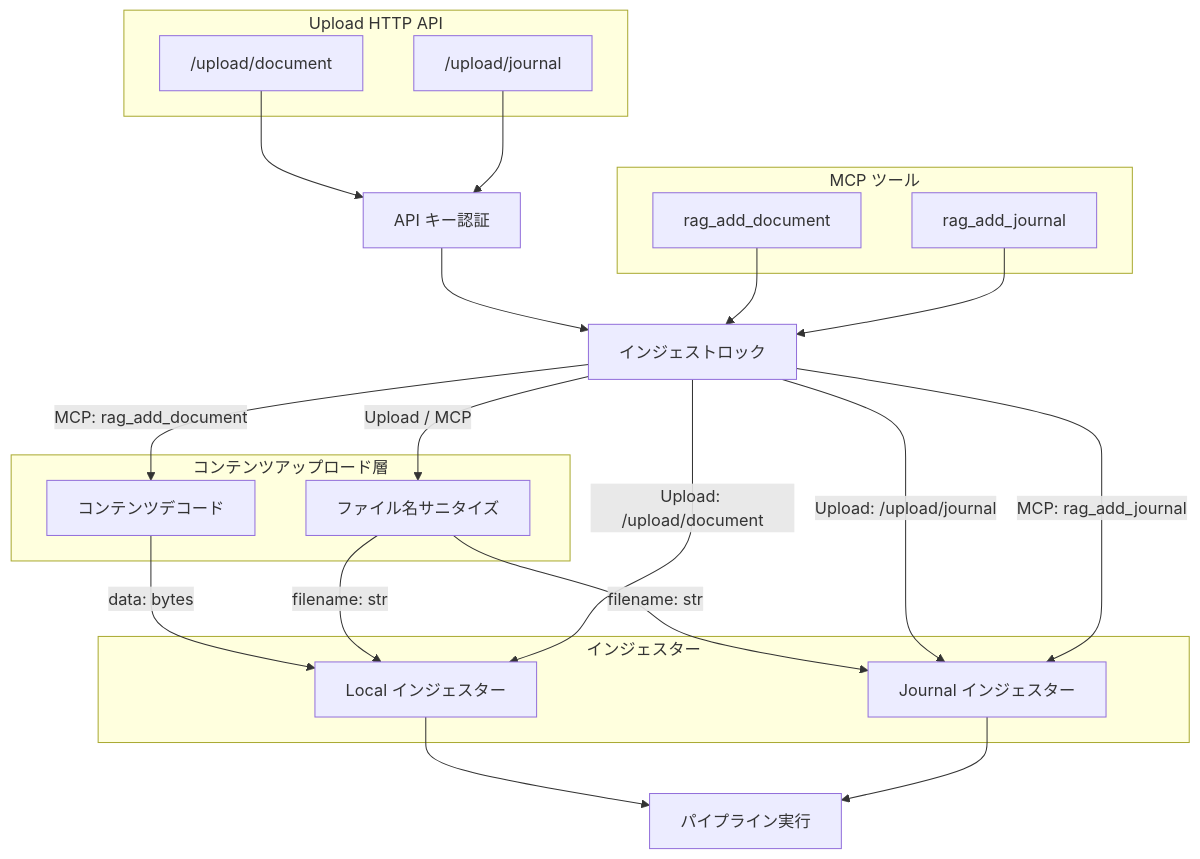
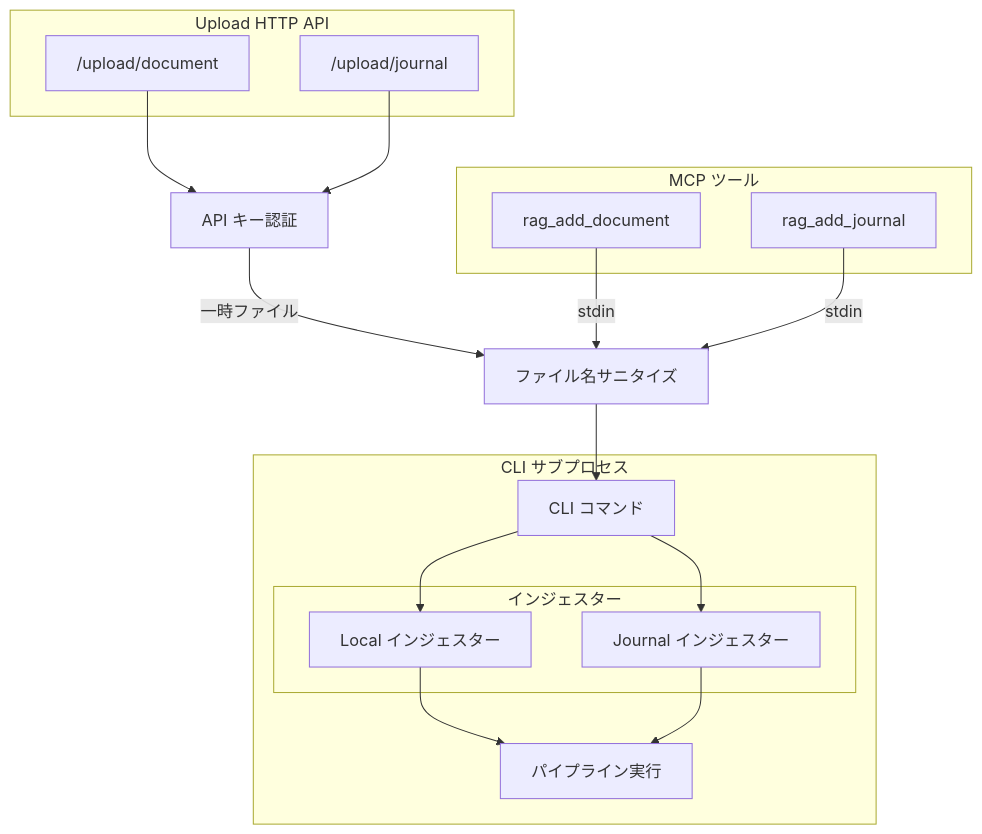
One commit to becky3/rag-knowledge changed the diagram in docs/specs/infrastructure/content-upload.md. Above: the diagram before and after it, drawn with Mermaid. The commit also changed other lines of this file and 4 other files, not shown here.

First line of the commit message:
docs(rag-knowledge): MCP 薄層アダプター化に伴う仕様書更新 (#423)

````diff
--- a/docs/specs/infrastructure/content-upload.md
+++ b/docs/specs/infrastructure/content-upload.md
@@ -197,46 +197,36 @@
 ```mermaid
 flowchart TB
     subgraph HTTP["Upload HTTP API"]
         UD["/upload/document"]
         UJ["/upload/journal"]
     end
 
     subgraph MCP["MCP ツール"]
         T1["rag_add_document"]
         T2["rag_add_journal"]
     end
 
     AUTH["API キー認証"]
-    LOCK["インジェストロック"]
+    SAN["ファイル名サニタイズ"]
 
-    subgraph Upload["コンテンツアップロード層"]
-        DEC["コンテンツデコード"]
-        SAN["ファイル名サニタイズ"]
+    subgraph CLISub["CLI サブプロセス"]
+        CLI["CLI コマンド"]
+        subgraph Ingesters["インジェスター"]
+            LI["Local インジェスター"]
+            JI["Journal インジェスター"]
+        end
+        PIPE["パイプライン実行"]
     end
-
-    subgraph Ingesters["インジェスター"]
-        LI["Local インジェスター"]
-        JI["Journal インジェスター"]
-    end
-
-    PIPE["パイプライン実行"]
 
     UD --> AUTH
     UJ --> AUTH
-    AUTH --> LOCK
-    T1 --> LOCK
-    T2 --> LOCK
+    AUTH -->|一時ファイル| SAN
+    T1 -->|stdin| SAN
+    T2 -->|stdin| SAN
 
-    LOCK -->|MCP: rag_add_document| DEC
-    LOCK -->|Upload / MCP| SAN
-    DEC -->|data: bytes| LI
-    SAN -->|filename: str| LI
-    SAN -->|filename: str| JI
-
-    LOCK -->|Upload: /upload/document| LI
-    LOCK -->|Upload: /upload/journal| JI
-    LOCK -->|MCP: rag_add_journal| JI
-
+    SAN --> CLI
+    CLI --> LI
+    CLI --> JI
     LI --> PIPE
     JI --> PIPE
 ```
````
